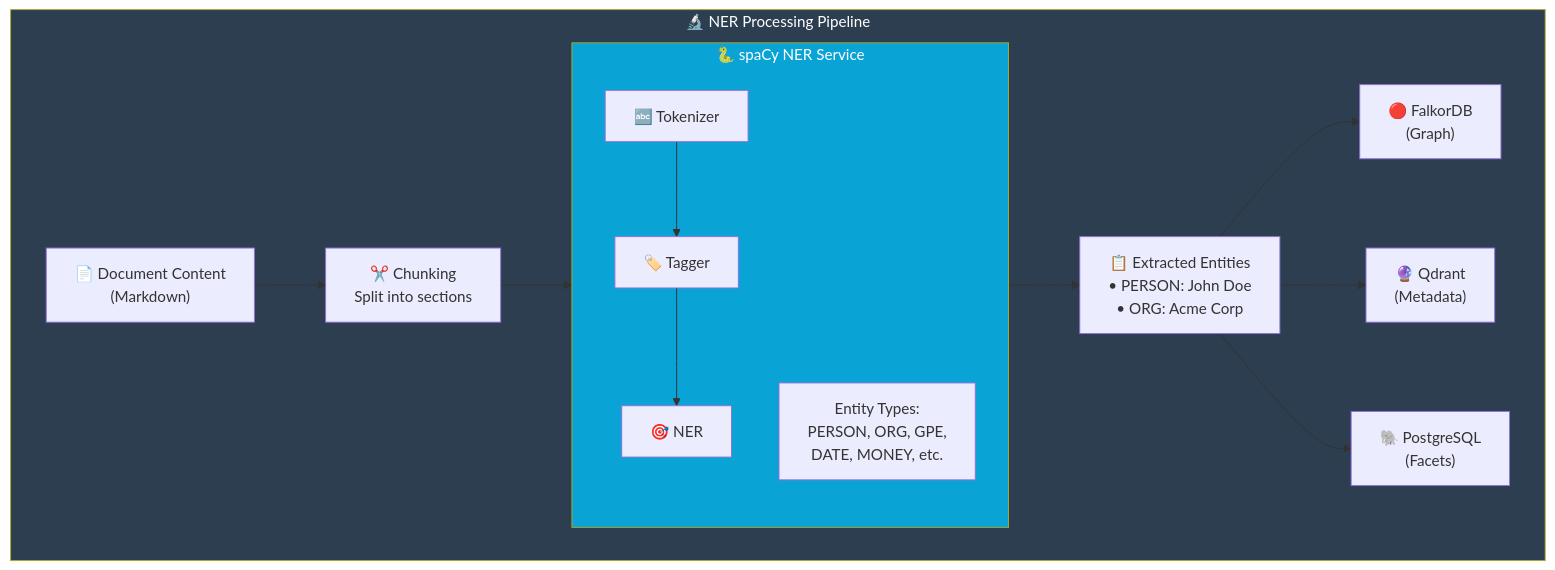
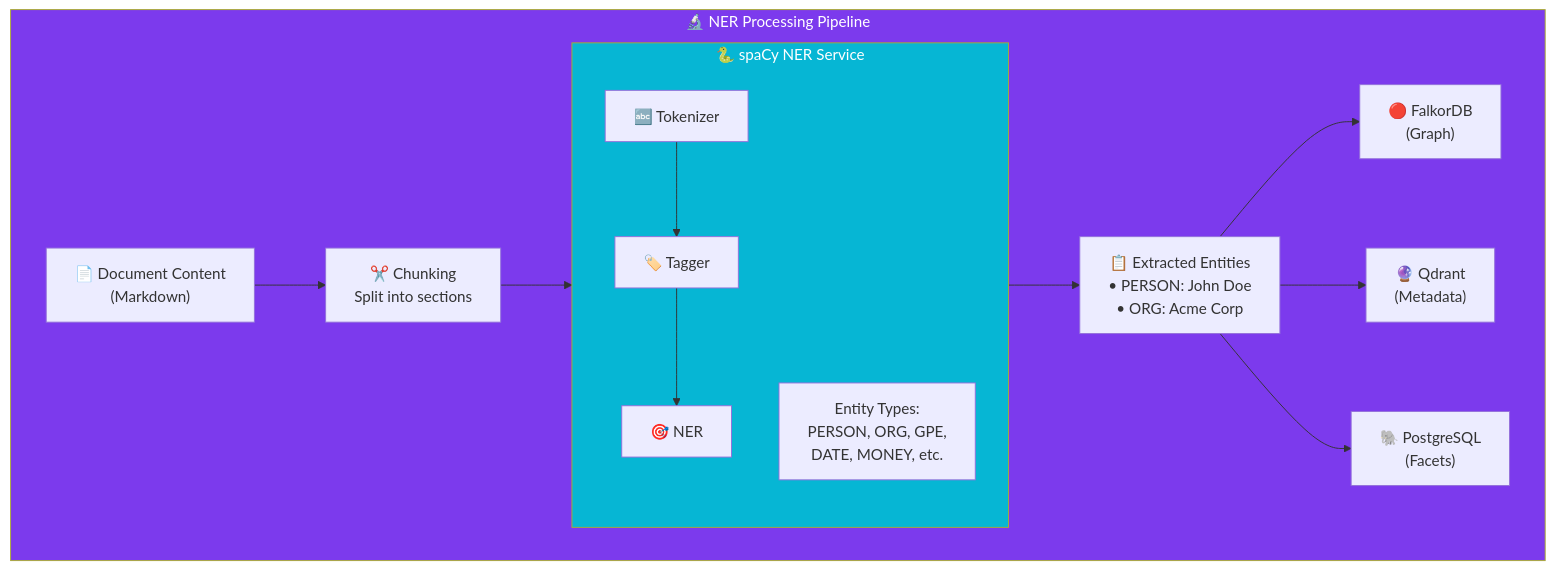
Before and after one commit to viktorrobin/bluerobin-blog: the diagram in src/content/blog/spacy-ner-document-analysis.mdx, drawn with Mermaid. The commit also changed other lines of this file and 127 other files, not shown here.

````diff
--- a/src/content/blog/spacy-ner-document-analysis.mdx
+++ b/src/content/blog/spacy-ner-document-analysis.mdx
@@ -41,21 +41,26 @@
 ```mermaid
 flowchart TB
     subgraph Pipeline["🔬 NER Processing Pipeline"]
         Doc["📄 Document Content\n(Markdown)"] --> Chunk["✂️ Chunking\nSplit into sections"]
         
         subgraph Spacy["🐍 spaCy NER Service"]
             Token["🔤 Tokenizer"] --> Tag["🏷️ Tagger"] --> NER["🎯 NER"]
             Types["Entity Types:\nPERSON, ORG, GPE,\nDATE, MONEY, etc."]
         end
         
         Chunk --> Spacy
         Spacy --> Entities["📋 Extracted Entities\n• PERSON: John Doe\n• ORG: Acme Corp"]
         
         Entities --> Falkor["🔴 FalkorDB\n(Graph)"]
         Entities --> Qdrant["🔮 Qdrant\n(Metadata)"]
         Entities --> PG["🐘 PostgreSQL\n(Facets)"]
     end
 
-    style Pipeline fill:#2c3e50,color:#fff
-    style Spacy fill:#09a3d5,color:#fff
+    classDef primary fill:#7c3aed,color:#fff
+    classDef secondary fill:#06b6d4,color:#fff
+    classDef db fill:#f43f5e,color:#fff
+    classDef warning fill:#fbbf24,color:#000
+
+    class Pipeline primary
+    class Spacy secondary
 ```
````
